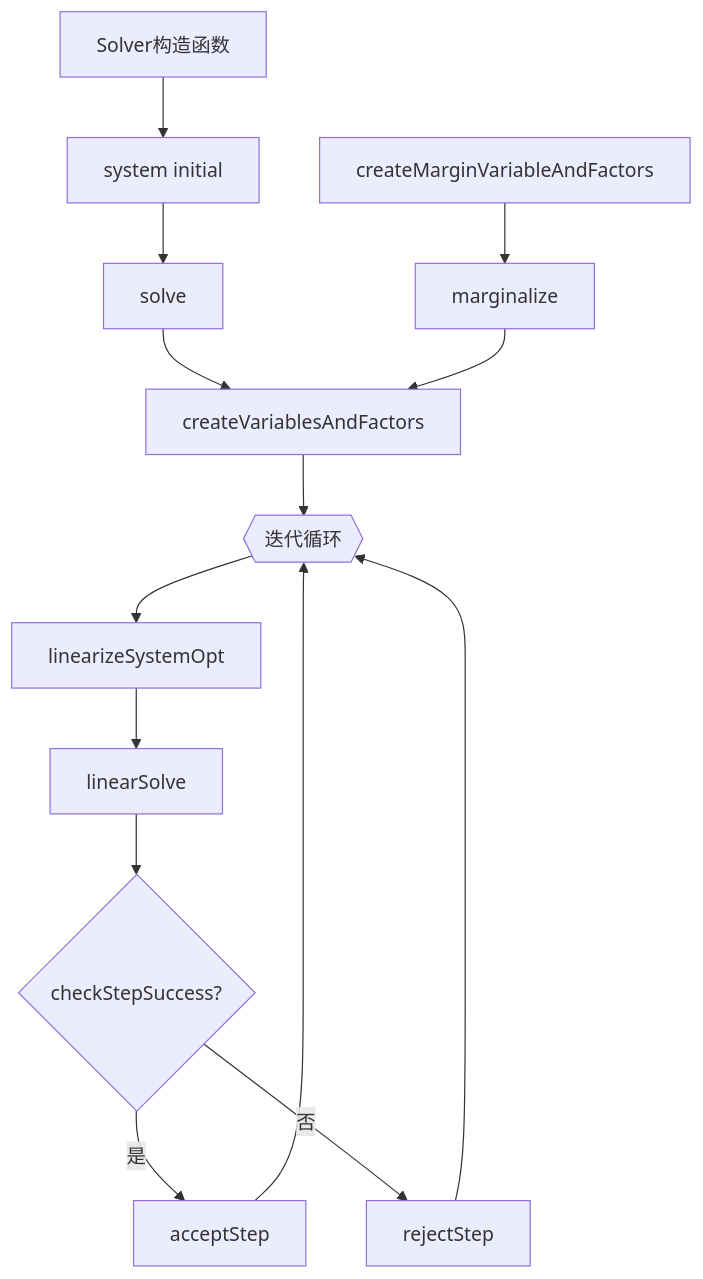
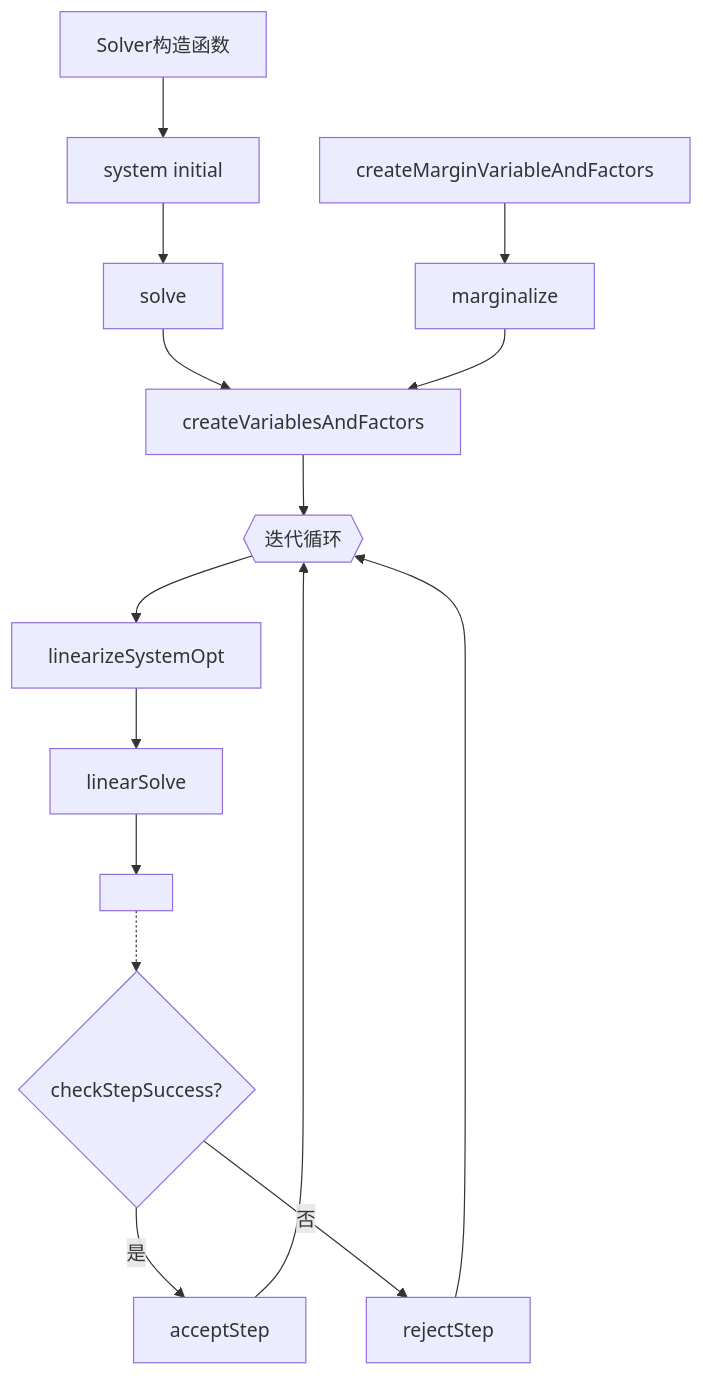
One commit to huzixuan1/iodraw-files changed the diagram in all/未命名-2.md. Above: the diagram before and after it, drawn with Mermaid.

Commit message:
2025-04-17 09:34:30 update

````diff
--- a/all/未命名-2.md
+++ b/all/未命名-2.md
@@ -1,19 +1,22 @@
 ```mermaid
-
 graph TD
     A[Solver构造函数] --> B[system initial]
     B --> C[solve]
     C --> D[createVariablesAndFactors]
     D --> E{{迭代循环}}
     E --> F[linearizeSystemOpt]
     F --> G[linearSolve]
-    G --> H{checkStepSuccess?}
+
+    %% 添加一条平行连接线，帮助引导布局
+    G --> GH[ ]
+    GH -.-> H{checkStepSuccess?}
+
     H -- 是 --> I[acceptStep]
     H -- 否 --> J[rejectStep]
     I --> E
     J --> E
+
     K[marginalize] --> D
     M[createMarginVariableAndFactors] --> K
 
-
 ```
````
